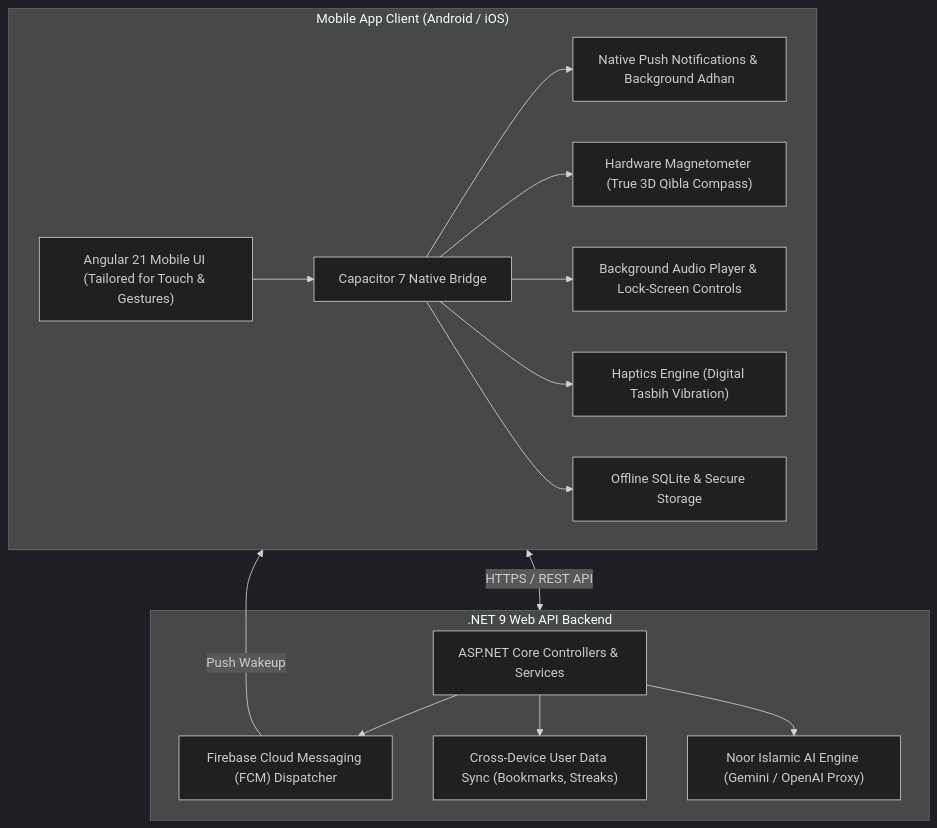
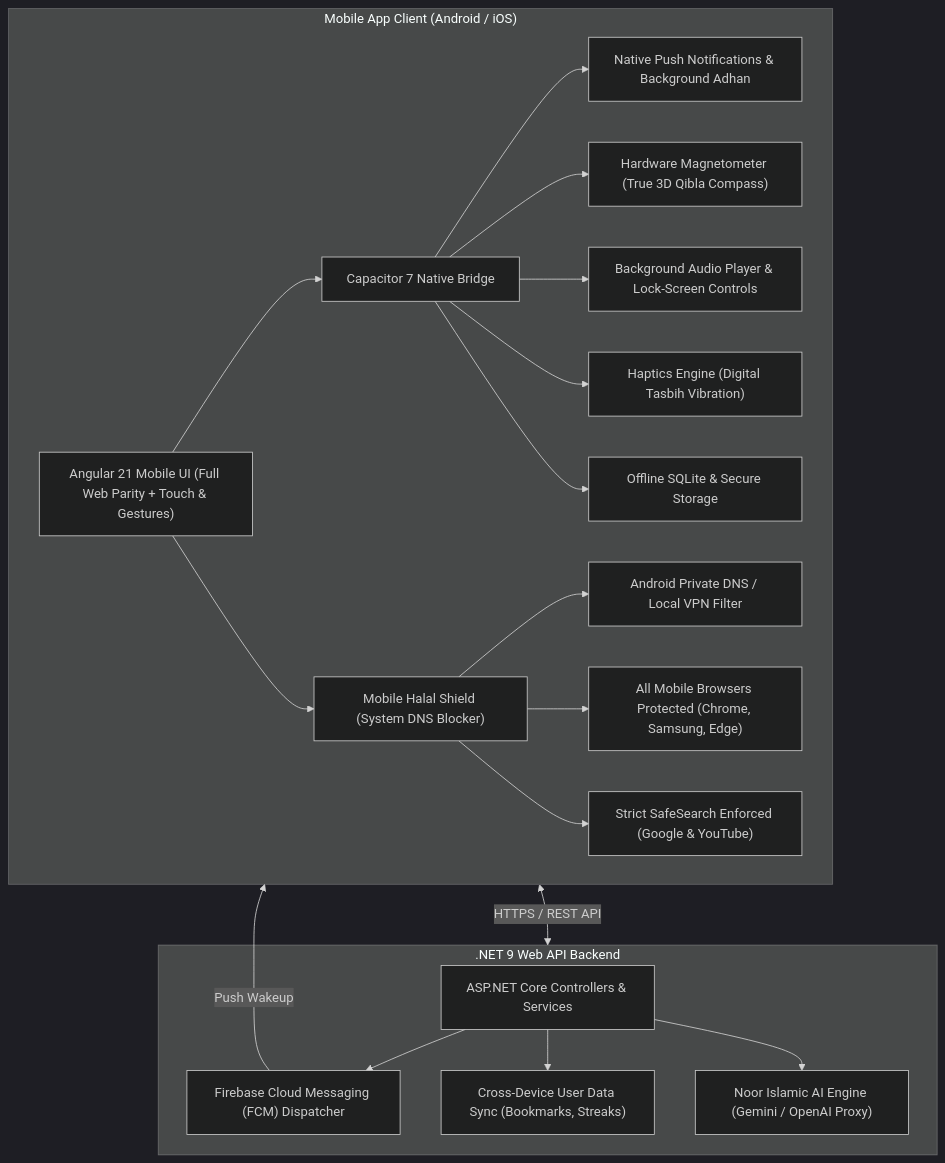
One commit to AshrafulAnamAlve/AL-QURAN-WEB changed the diagram in mobile/PLAN_MOBILE_APP.md. Above: the diagram before and after it, drawn with Mermaid (dark theme). The commit also changed other lines of this file, not shown here.

Commit message:
docs(mobile): add full web feature parity matrix and dedicated Mobile Halal Blocker Shield phase

````diff
--- a/mobile/PLAN_MOBILE_APP.md
+++ b/mobile/PLAN_MOBILE_APP.md
@@ -10,29 +10,35 @@
 ```mermaid
 flowchart TD
     subgraph MobileApp ["Mobile App Client (Android / iOS)"]
-        UI["Angular 21 Mobile UI (Tailored for Touch & Gestures)"]
+        UI["Angular 21 Mobile UI (Full Web Parity + Touch & Gestures)"]
         Cap["Capacitor 7 Native Bridge"]
+        Shield["Mobile Halal Shield (System DNS Blocker)"]
         
         UI --> Cap
+        UI --> Shield
         
         Cap --> P1["Native Push Notifications & Background Adhan"]
         Cap --> P2["Hardware Magnetometer (True 3D Qibla Compass)"]
         Cap --> P3["Background Audio Player & Lock-Screen Controls"]
         Cap --> P4["Haptics Engine (Digital Tasbih Vibration)"]
         Cap --> P5["Offline SQLite & Secure Storage"]
+        
+        Shield --> S1["Android Private DNS / Local VPN Filter"]
+        Shield --> S2["All Mobile Browsers Protected (Chrome, Samsung, Edge)"]
+        Shield --> S3["Strict SafeSearch Enforced (Google & YouTube)"]
     end
     
     subgraph Backend [".NET 9 Web API Backend"]
         API["ASP.NET Core Controllers & Services"]
         FCM["Firebase Cloud Messaging (FCM) Dispatcher"]
         Sync["Cross-Device User Data Sync (Bookmarks, Streaks)"]
         AI["Noor Islamic AI Engine (Gemini / OpenAI Proxy)"]
         
         API --> FCM
         API --> Sync
         API --> AI
     end
     
     MobileApp <-->|HTTPS / REST API| Backend
     FCM -->|Push Wakeup| MobileApp
 ```
````
